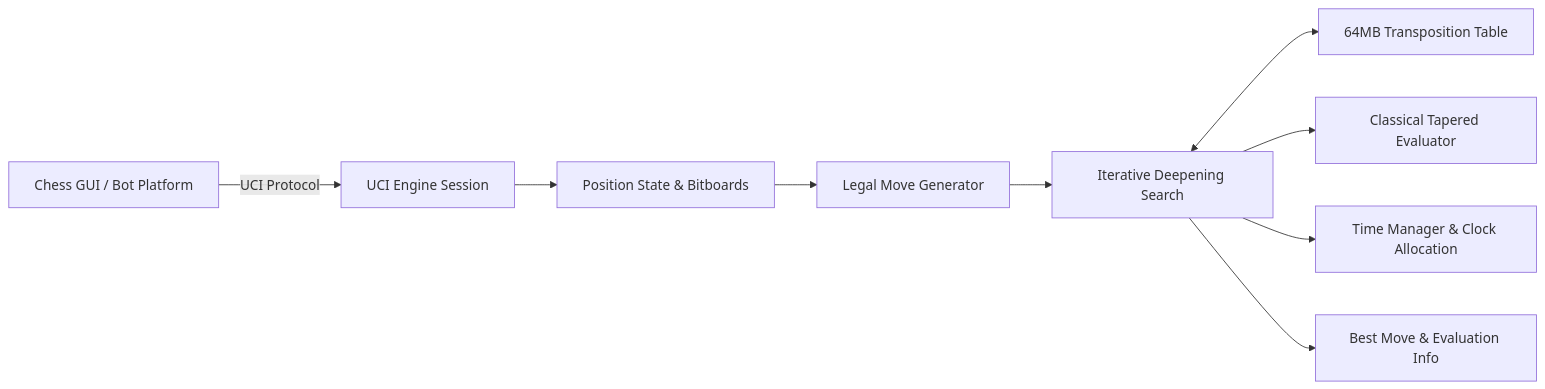
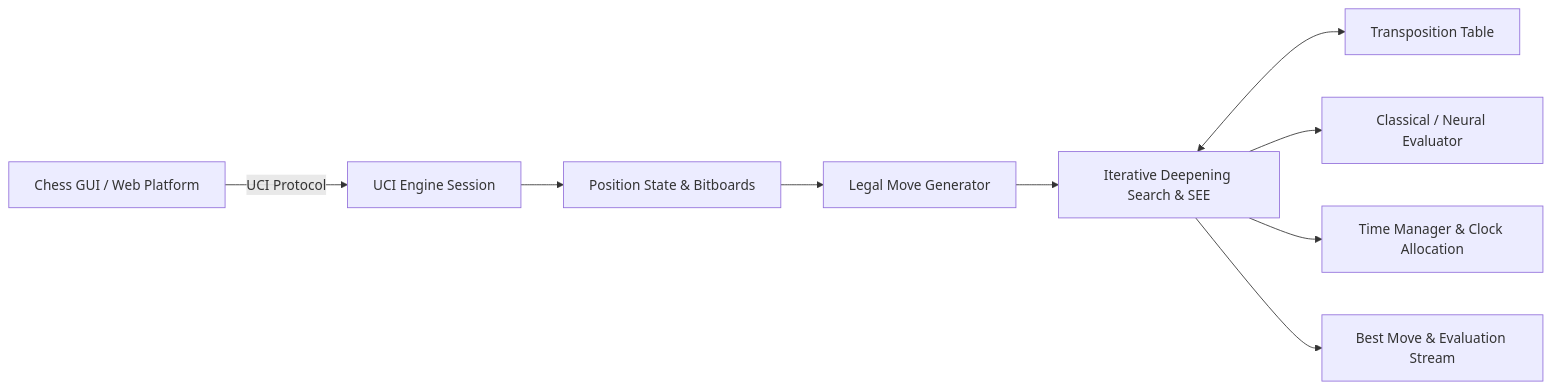
The diagram in README.md (Raj-Patel7807/rooksac), drawn with Mermaid before and after one commit. The commit also changed other lines of this file and 2 other files, not shown here.

````diff
--- a/README.md
+++ b/README.md
@@ -26,11 +25,11 @@
 ```mermaid
 flowchart LR
-  GUI[Chess GUI / Bot Platform] -->|UCI Protocol| UCI[UCI Engine Session]
+  GUI[Chess GUI / Web Platform] -->|UCI Protocol| UCI[UCI Engine Session]
   UCI --> Position[Position State & Bitboards]
   Position --> Moves[Legal Move Generator]
-  Moves --> Search[Iterative Deepening Search]
-  Search <--> TT[64MB Transposition Table]
-  Search --> Eval[Classical Tapered Evaluator]
+  Moves --> Search[Iterative Deepening Search & SEE]
+  Search <--> TT[Transposition Table]
+  Search --> Eval[Classical / Neural Evaluator]
   Search --> TM[Time Manager & Clock Allocation]
-  Search --> Output[Best Move & Evaluation Info]
+  Search --> Output[Best Move & Evaluation Stream]
 ```
````
